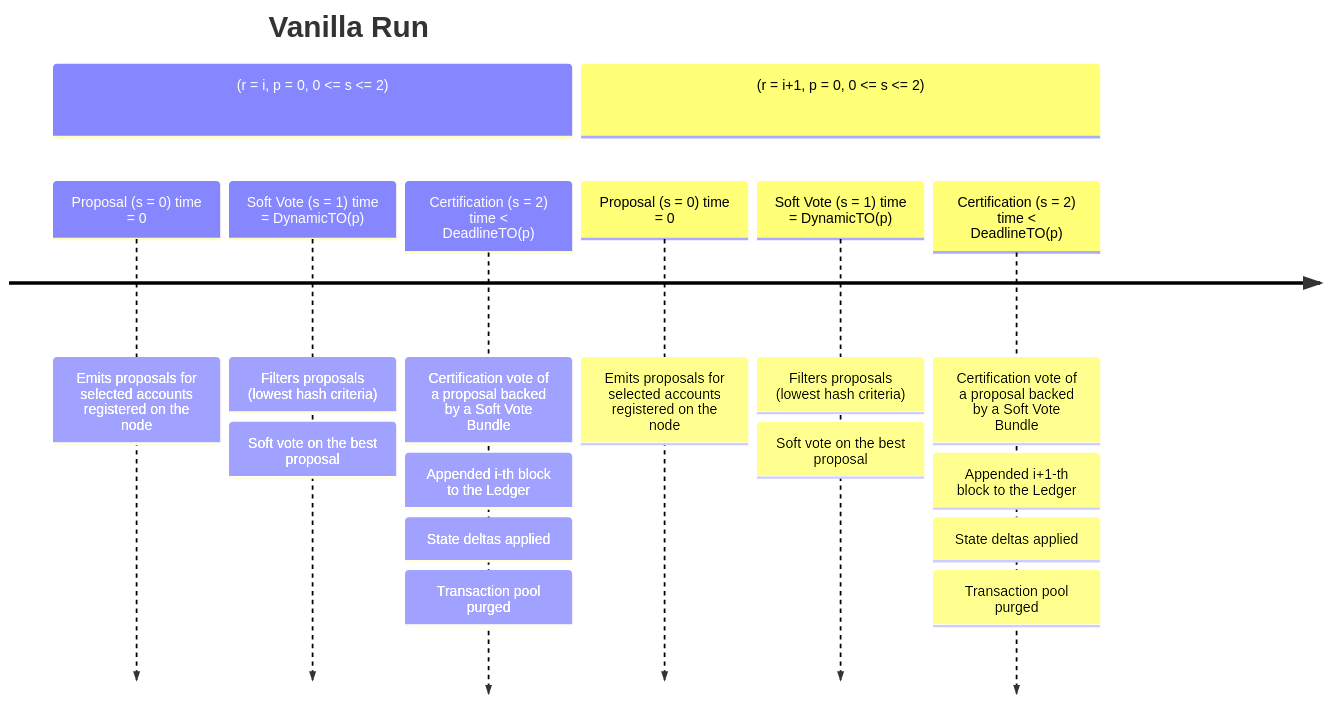
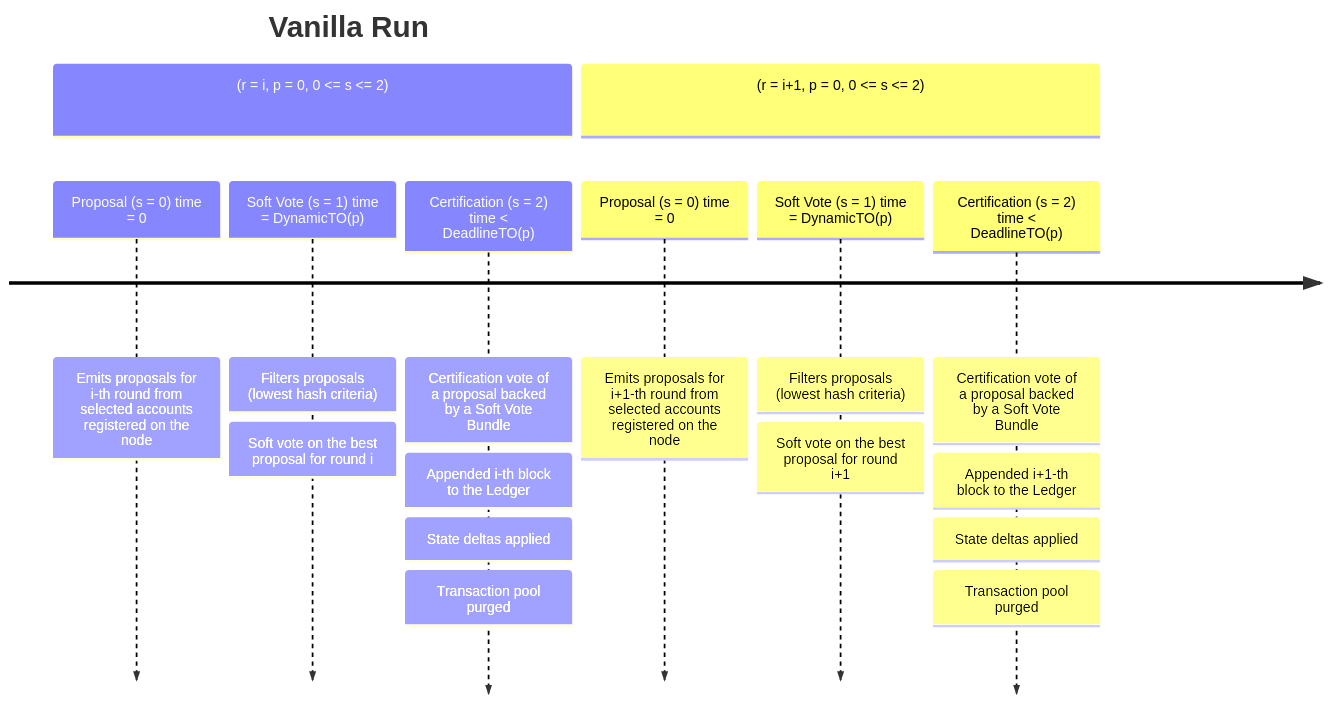
The diagram in src/abft-nn-vanilla-run.md (algorandfoundation/specs), drawn with Mermaid before and after one commit. The commit also changed other lines of this file, not shown here.

````diff
--- a/src/abft-nn-vanilla-run.md
+++ b/src/abft-nn-vanilla-run.md
@@ -31,18 +41,18 @@
 ```mermaid
 timeline
     title Vanilla Run
     section (r = i, p = 0, 0 <= s <= 2)
-        Proposal (s = 0) time = 0                   : Emits proposals for selected accounts registered on the node
-        Soft Vote (s = 1) time = DynamicTO(p)       : Filters proposals (lowest hash criteria) : Soft vote on the best proposal
+        Proposal (s = 0) time = 0                   : Emits proposals for i-th round from selected accounts registered on the node
+        Soft Vote (s = 1) time = DynamicTO(p)       : Filters proposals (lowest hash criteria) : Soft vote on the best proposal for round i
         Certification (s = 2) time < DeadlineTO(p)  : Certification vote of a proposal backed by a Soft Vote Bundle
                                                     : Appended i-th block to the Ledger
                                                     : State deltas applied
                                                     : Transaction pool purged
     section (r = i+1, p = 0, 0 <= s <= 2)
-        Proposal (s = 0) time = 0                   : Emits proposals for selected accounts registered on the node
-        Soft Vote (s = 1) time = DynamicTO(p)       : Filters proposals (lowest hash criteria) : Soft vote on the best proposal
+        Proposal (s = 0) time = 0                   : Emits proposals for i+1-th round from selected accounts registered on the node
+        Soft Vote (s = 1) time = DynamicTO(p)       : Filters proposals (lowest hash criteria) : Soft vote on the best proposal for round i+1
         Certification (s = 2) time < DeadlineTO(p)  : Certification vote of a proposal backed by a Soft Vote Bundle
                                                     : Appended i+1-th block to the Ledger
                                                     : State deltas applied
                                                     : Transaction pool purged
 ```
````
